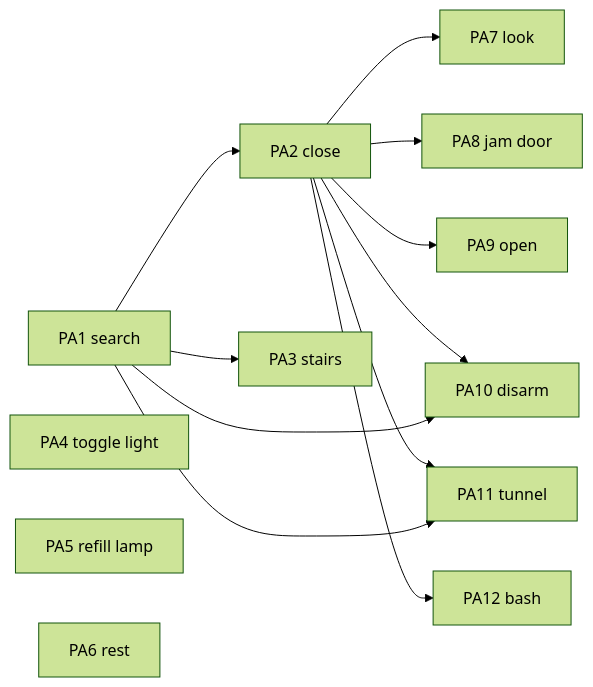
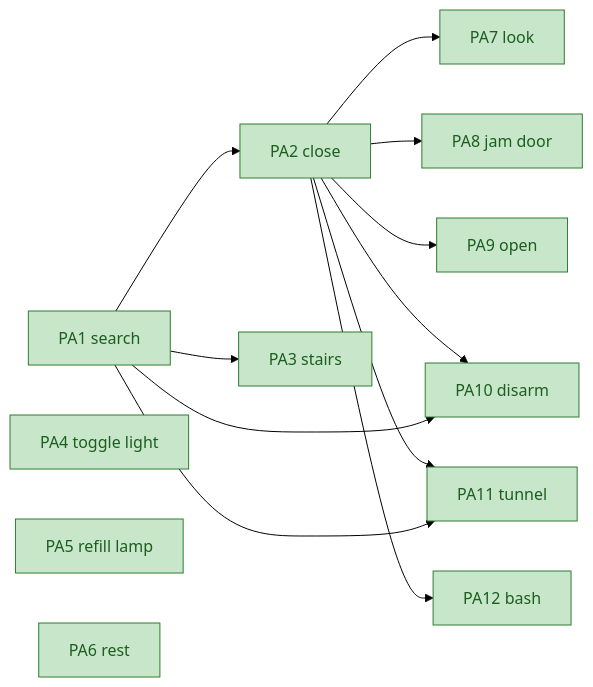
Before and after one commit to lollek/omoria: the diagram in docs/migration/epics/player-actions.md, drawn with Mermaid (forest theme). The commit also changed other lines of this file and 2 other files, not shown here.

````diff
--- a/docs/migration/epics/player-actions.md
+++ b/docs/migration/epics/player-actions.md
@@ -13,16 +30,18 @@
 ```mermaid
 graph LR
   PA1[PA1 search] --> PA2[PA2 close]
   PA1 --> PA3[PA3 stairs]
   PA2 --> PA7[PA7 look]
   PA2 --> PA8[PA8 jam door]
   PA2 --> PA9[PA9 open]
   PA2 --> PA10[PA10 disarm]
   PA1 --> PA10
   PA2 --> PA11[PA11 tunnel]
   PA1 --> PA11
   PA2 --> PA12[PA12 bash]
   PA4[PA4 toggle light]
   PA5[PA5 refill lamp]
   PA6[PA6 rest]
+  classDef done fill:#c8e6c9,stroke:#2e7d32,color:#1b5e20
+  class PA1,PA2,PA3,PA4,PA5,PA6,PA7,PA8,PA9,PA10,PA11,PA12 done
 ```
````
